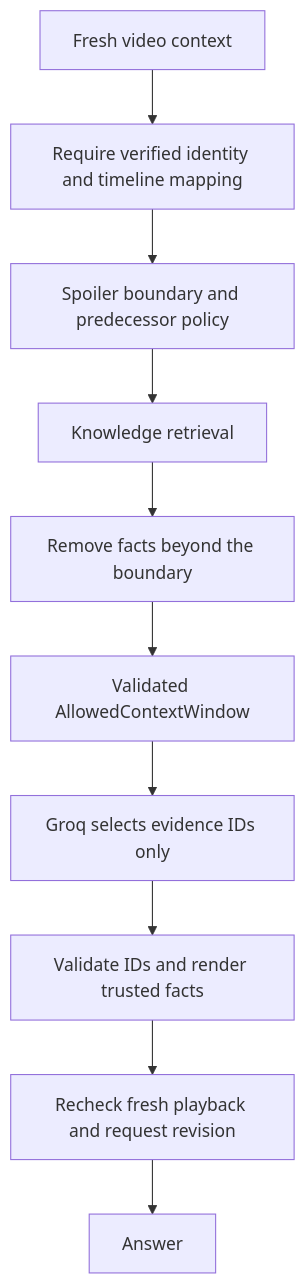
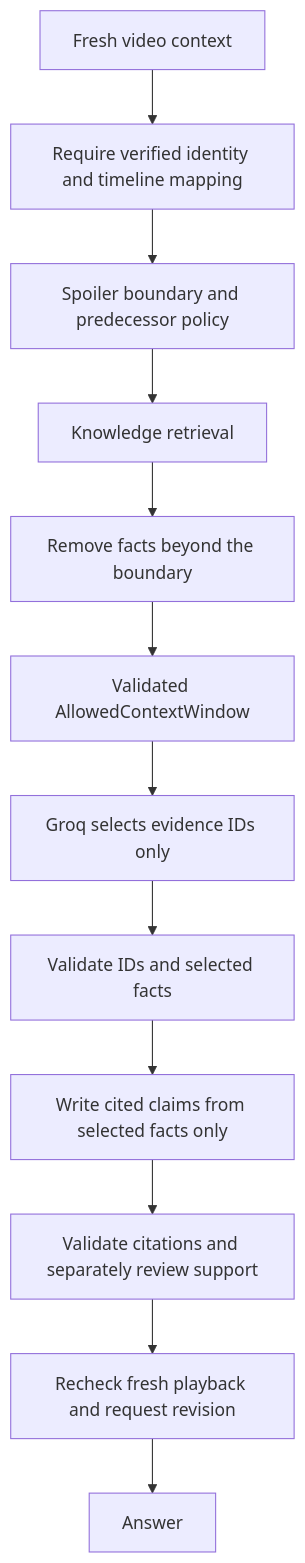
One commit to twok-teks/WDIM-WhatDidIMiss changed the second of 2 diagrams in docs/ARCHITECTURE.md. Above: the diagram before and after it, drawn with Mermaid. The commit also changed other lines of this file and 46 other files, not shown here.

````diff
--- a/docs/ARCHITECTURE.md
+++ b/docs/ARCHITECTURE.md
@@ -113,12 +115,14 @@
 ```mermaid
 flowchart TD
     Video[Fresh video context] --> Identity[Require verified identity and timeline mapping]
     Identity --> Boundary[Spoiler boundary and predecessor policy]
     Boundary --> Retrieval[Knowledge retrieval]
     Retrieval --> Filter[Remove facts beyond the boundary]
     Filter --> Window[Validated AllowedContextWindow]
     Window --> LLM[Groq selects evidence IDs only]
-    LLM --> Validate[Validate IDs and render trusted facts]
-    Validate --> Fresh[Recheck fresh playback and request revision]
+    LLM --> Validate[Validate IDs and selected facts]
+    Validate --> Draft[Write cited claims from selected facts only]
+    Draft --> Review[Validate citations and separately review support]
+    Review --> Fresh[Recheck fresh playback and request revision]
     Fresh --> Answer[Answer]
 ```
````
